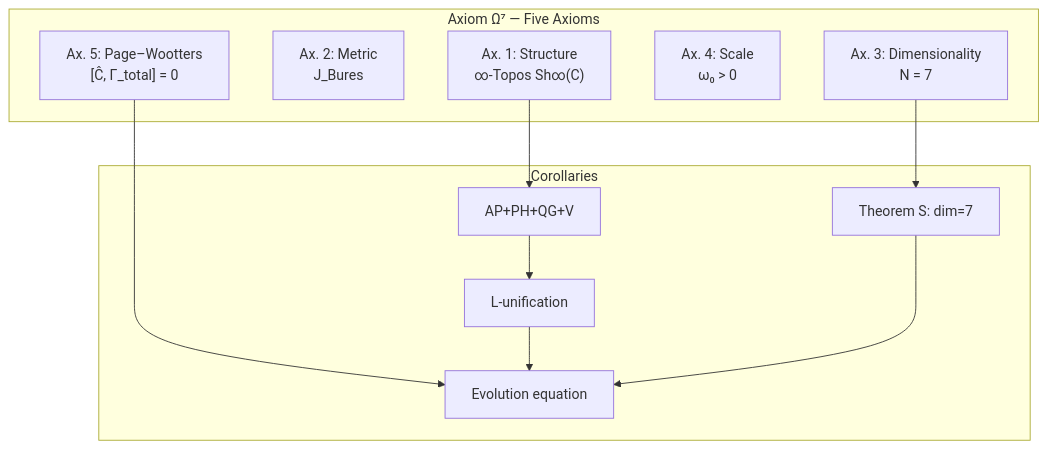
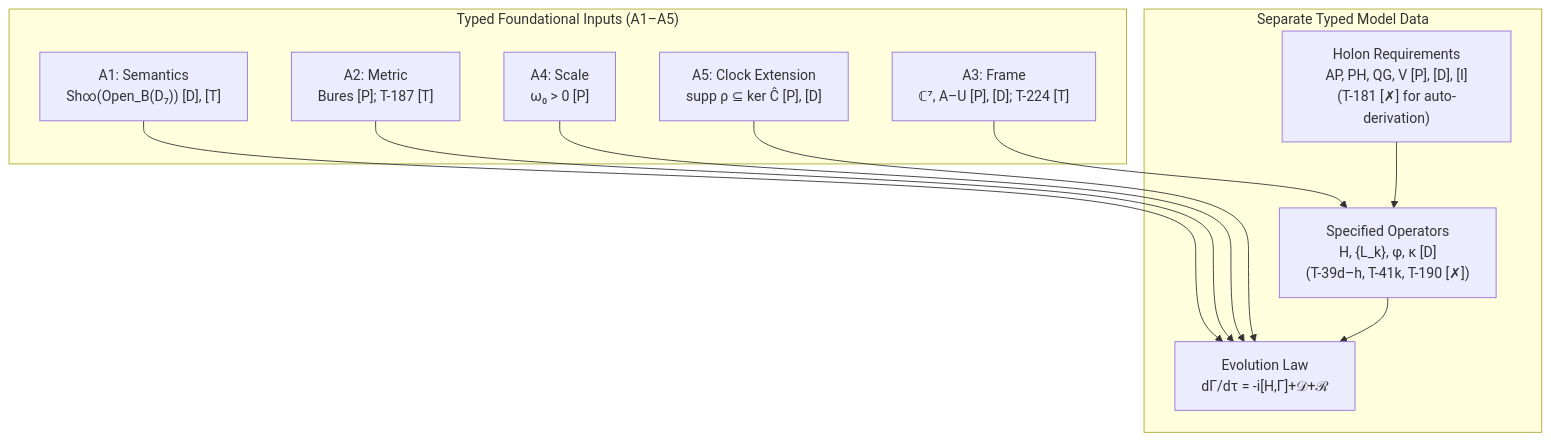
The first of 3 diagrams in website/docs/applied/coherence-cybernetics/axiomatics.md (gst-st/uhm), drawn with Mermaid before and after one commit. The commit also changed other lines of this file and 376 other files, not shown here.

First line of the commit message:
Refactor UHM canon, decontaminate architecture, and verify EN/RU parity

````diff
--- a/website/docs/applied/coherence-cybernetics/axiomatics.md
+++ b/website/docs/applied/coherence-cybernetics/axiomatics.md
@@ -234,22 +174,22 @@
 ```mermaid
 graph TD
-    subgraph "Axiom Ω⁷ — Five Axioms"
-        AX1["Ax. 1: Structure<br/>∞-Topos Sh∞(C)"]
-        AX2["Ax. 2: Metric<br/>J_Bures"]
-        AX3["Ax. 3: Dimensionality<br/>N = 7"]
-        AX4["Ax. 4: Scale<br/>ω₀ > 0"]
-        AX5["Ax. 5: Page–Wootters<br/>[Ĉ, Γ_total] = 0"]
+    subgraph "Typed Foundational Inputs (A1–A5)"
+        AX1["A1: Semantics<br/>Sh∞(Open_B(D₇)) [D], [T]"]
+        AX2["A2: Metric<br/>Bures [P]; T-187 [T]"]
+        AX3["A3: Frame<br/>ℂ⁷, A–U [P], [D]; T-224 [T]"]
+        AX4["A4: Scale<br/>ω₀ > 0 [P]"]
+        AX5["A5: Clock Extension<br/>supp ρ ⊆ ker Ĉ [P], [D]"]
     end
-    subgraph "Corollaries"
-        S["Theorem S: dim=7"]
-        APQ["AP+PH+QG+V"]
-        LU["L-unification"]
-        EVOL["Evolution equation"]
+    subgraph "Separate Typed Model Data"
+        APQ["Holon Requirements<br/>AP, PH, QG, V [P], [D], [I]<br/>(T-181 [✗] for auto-derivation)"]
+        OPS["Specified Operators<br/>H, {L_k}, φ, κ [D]<br/>(T-39d–h, T-41k, T-190 [✗])"]
+        EVOL["Evolution Law<br/>dΓ/dτ = -i[H,Γ]+𝒟+ℛ"]
     end
-    AX1 --> APQ
-    AX3 --> S
+    AX1 --> EVOL
+    AX2 --> EVOL
+    AX3 --> OPS
+    AX4 --> EVOL
     AX5 --> EVOL
-    APQ --> LU
-    LU --> EVOL
-    S --> EVOL
+    APQ --> OPS
+    OPS --> EVOL
 ```
````
